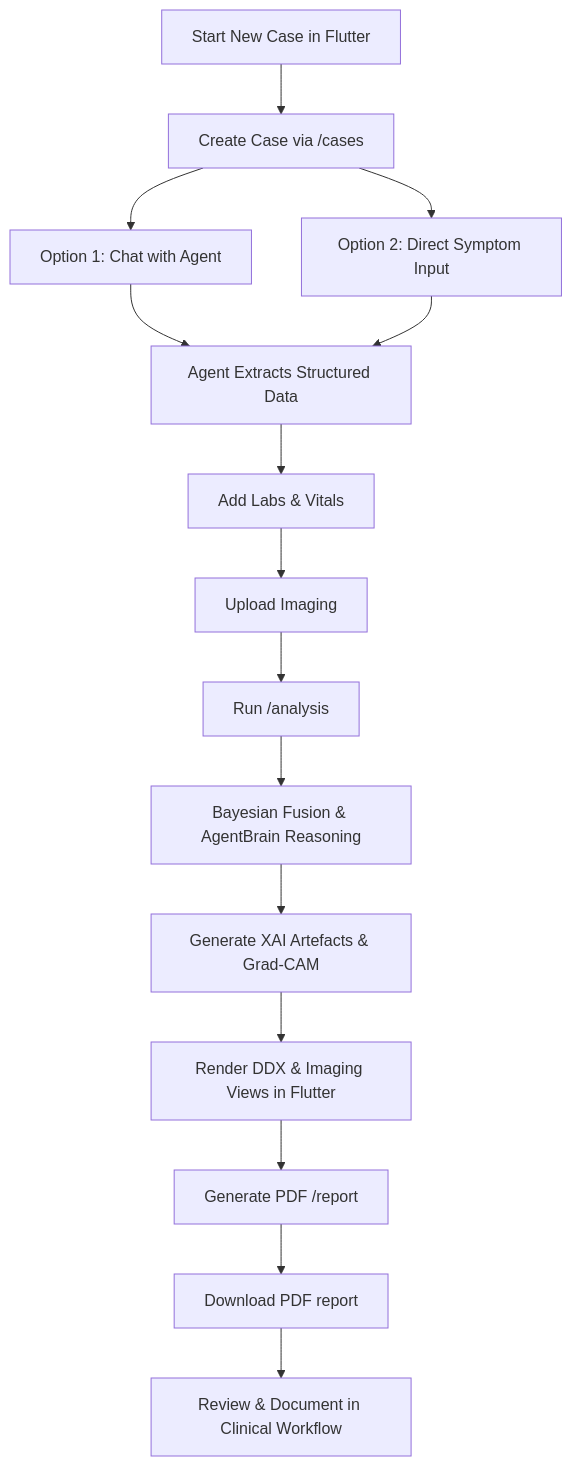
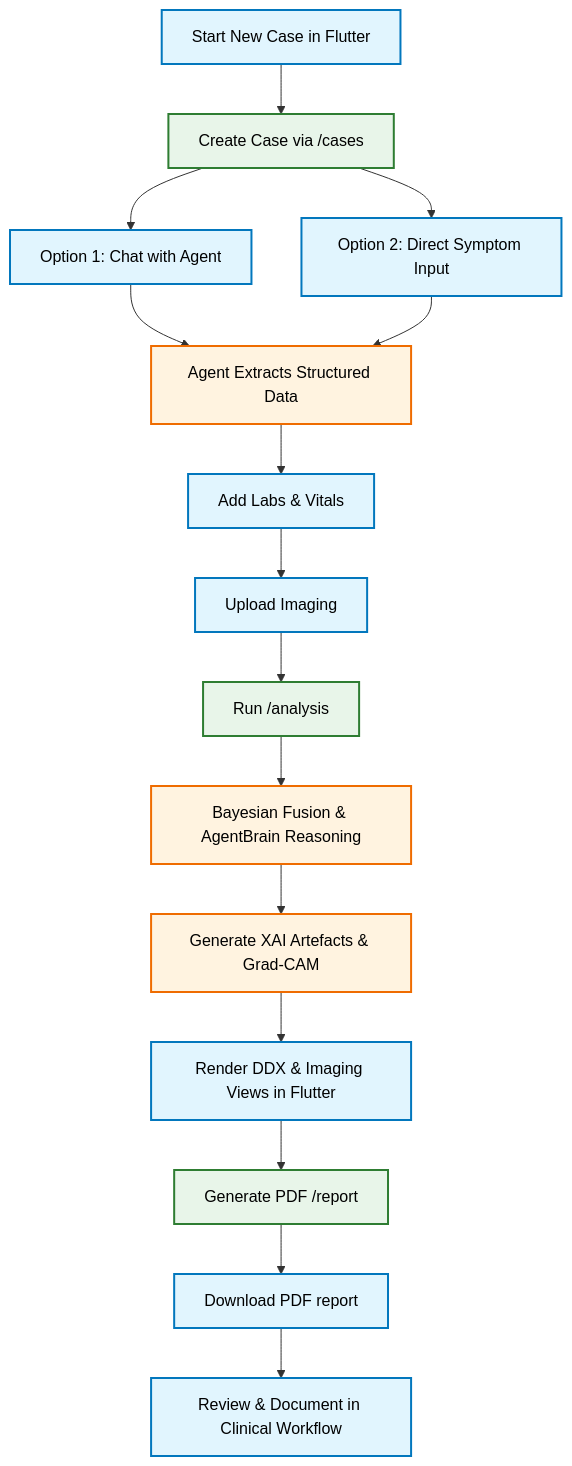
One commit to anaslari23/Multi-Modal-Health-AI-Agent-Guide changed the third of 4 diagrams in README.md. Above: the diagram before and after it, drawn with Mermaid. The commit also changed other lines of this file and 4 other files, not shown here.

Commit message:
feat: Introduce fine-tuned medical LLM, update architecture diagrams, and add new reports.

````diff
--- a/README.md
+++ b/README.md
@@ -76,17 +90,22 @@
 ```mermaid
 flowchart TD
-    A[Start New Case in Flutter] --> B[Create Case via /cases]
-    B --> C1[Option 1: Chat with Agent]
-    B --> C2[Option 2: Direct Symptom Input]
-    C1 --> D[Agent Extracts Structured Data]
+    %% Define Styles
+    classDef userAction fill:#E1F5FE,stroke:#0277BD,stroke-width:2px,color:#000;
+    classDef systemProcess fill:#E8F5E9,stroke:#2E7D32,stroke-width:2px,color:#000;
+    classDef aiProcess fill:#FFF3E0,stroke:#EF6C00,stroke-width:2px,color:#000;
+
+    A[Start New Case in Flutter]:::userAction --> B[Create Case via /cases]:::systemProcess
+    B --> C1[Option 1: Chat with Agent]:::userAction
+    B --> C2[Option 2: Direct Symptom Input]:::userAction
+    C1 --> D[Agent Extracts Structured Data]:::aiProcess
     C2 --> D
-    D --> E[Add Labs & Vitals]
-    E --> F[Upload Imaging]
-    F --> G[Run /analysis]
-    G --> H[Bayesian Fusion & AgentBrain Reasoning]
-    H --> I[Generate XAI Artefacts & Grad-CAM]
-    I --> J[Render DDX & Imaging Views in Flutter]
-    J --> K[Generate PDF /report]
-    K --> L[Download PDF report]
-    L --> M[Review & Document in Clinical Workflow]
+    D --> E[Add Labs & Vitals]:::userAction
+    E --> F[Upload Imaging]:::userAction
+    F --> G[Run /analysis]:::systemProcess
+    G --> H[Bayesian Fusion & AgentBrain Reasoning]:::aiProcess
+    H --> I[Generate XAI Artefacts & Grad-CAM]:::aiProcess
+    I --> J[Render DDX & Imaging Views in Flutter]:::userAction
+    J --> K[Generate PDF /report]:::systemProcess
+    K --> L[Download PDF report]:::userAction
+    L --> M[Review & Document in Clinical Workflow]:::userAction
 ```
````
